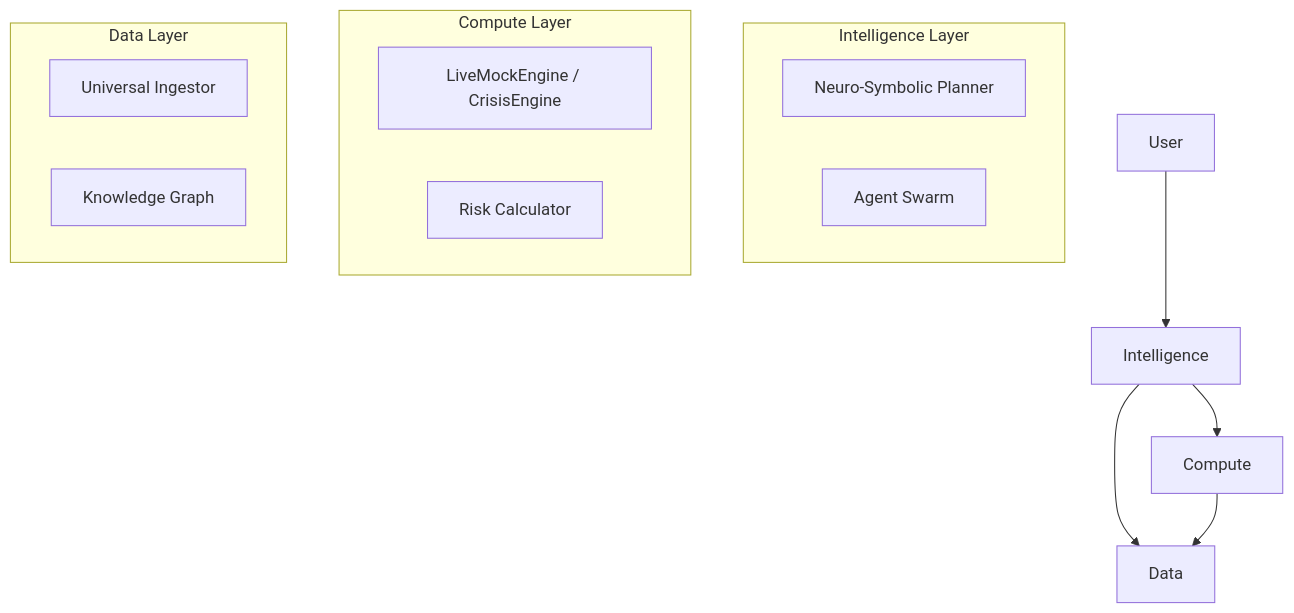
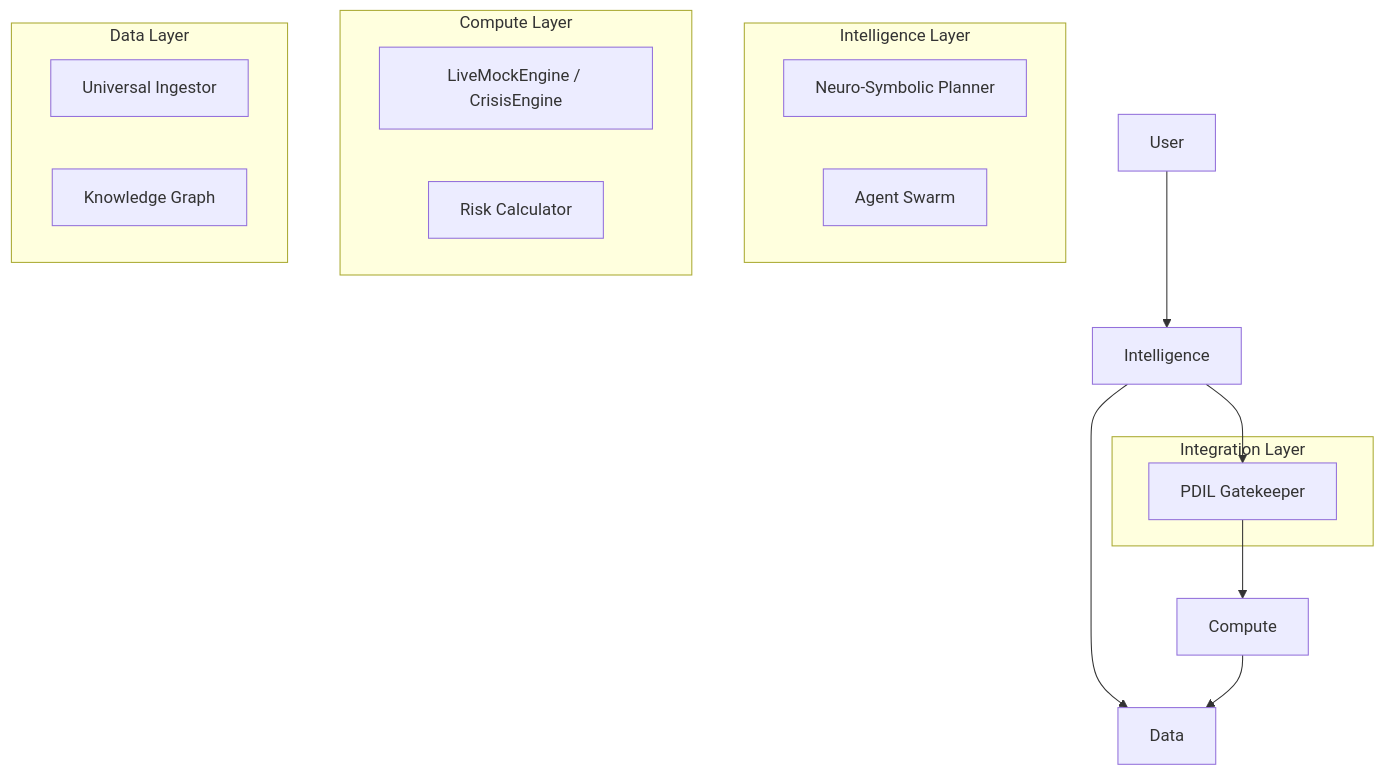
The diagram in docs/ARCHITECTURE.md (adamvangrover/adam), drawn with Mermaid before and after one commit. The commit also changed other lines of this file and 40 other files, not shown here.

````diff
--- a/docs/ARCHITECTURE.md
+++ b/docs/ARCHITECTURE.md
@@ -34,22 +39,27 @@
 ```mermaid
 graph TD
     User --> Intelligence
-    Intelligence --> Compute
+    Intelligence --> PDIL
+    PDIL --> Compute
     Intelligence --> Data
     Compute --> Data
+
+    subgraph "Integration Layer"
+        PDIL[PDIL Gatekeeper]
+    end
 
     subgraph "Intelligence Layer"
         Planner[Neuro-Symbolic Planner]
         Swarm[Agent Swarm]
     end
 
     subgraph "Compute Layer"
         Sim[LiveMockEngine / CrisisEngine]
         Risk[Risk Calculator]
     end
 
     subgraph "Data Layer"
         Ingest[Universal Ingestor]
         KG[Knowledge Graph]
     end
 ```
````
